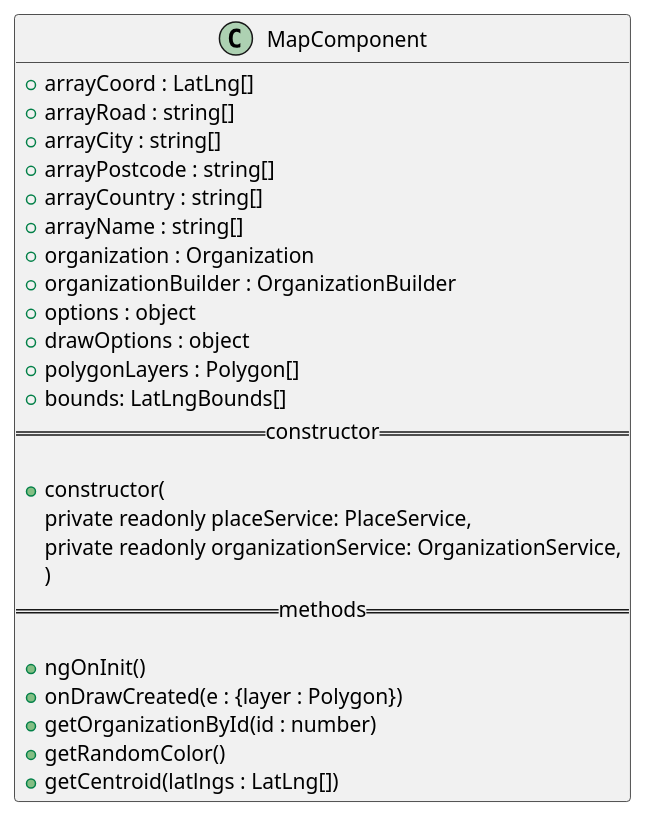
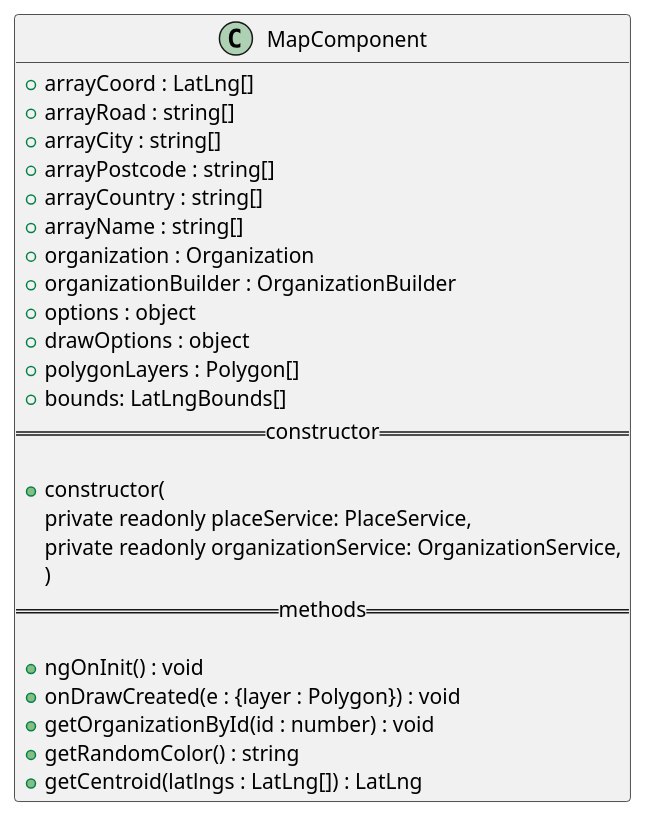
One commit to GruppOne/stalker-web-app changed the diagram in docs/diagrams/view/components/MapComponent.pu. Above: the diagram before and after it, drawn with PlantUML. The commit also changed 16 other files, not shown here.

```diff
--- a/docs/diagrams/view/components/MapComponent.pu
+++ b/docs/diagrams/view/components/MapComponent.pu
@@ -1,29 +1,29 @@
 @startuml MapComponent diagram
 class MapComponent {
   + arrayCoord : LatLng[]
   + arrayRoad : string[]
   + arrayCity : string[]
   + arrayPostcode : string[]
   + arrayCountry : string[]
   + arrayName : string[]
   + organization : Organization
   + organizationBuilder : OrganizationBuilder
   + options : object
   + drawOptions : object
   + polygonLayers : Polygon[]
   + bounds: LatLngBounds[]
   ==constructor==
 
   + constructor(
     private readonly placeService: PlaceService,
     private readonly organizationService: OrganizationService,
   )
   ==methods==
 
-  + ngOnInit()
-  + onDrawCreated(e : {layer : Polygon})
-  + getOrganizationById(id : number)
-  + getRandomColor()
-  + getCentroid(latlngs : LatLng[])
+  + ngOnInit() : void
+  + onDrawCreated(e : {layer : Polygon}) : void
+  + getOrganizationById(id : number) : void
+  + getRandomColor() : string
+  + getCentroid(latlngs : LatLng[]) : LatLng
 }
 @enduml
```
